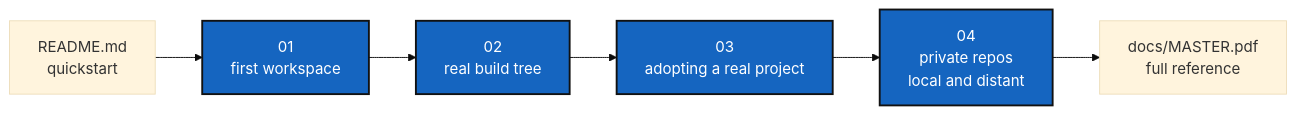
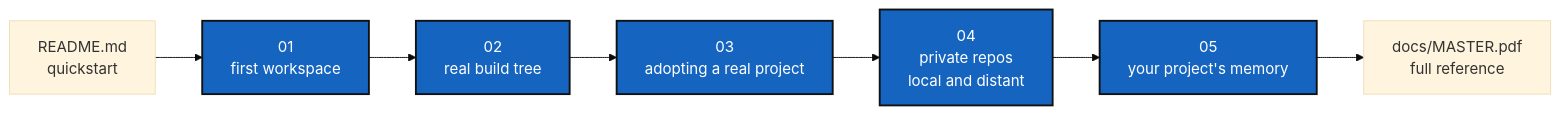
Before and after one commit to flipoyo/ComplexGitSync: the diagram in tutorials/README.md, drawn with Mermaid (base theme). The commit also changed other lines of this file and 21 other files, not shown here.

Commit message:
cgitsync2.67 cgitsync can now build a project's memory repository from nothing: create it on GitHub, add it to your .cgs, adopt what is already on disk, and make the branch a first merge needs. Tutorial 5 walks all five, once per project

````diff
--- a/tutorials/README.md
+++ b/tutorials/README.md
@@ -25,11 +25,12 @@
 ```mermaid
 graph LR
     README["README.md<br/>quickstart"] --> T1["01<br/>first workspace"]
     T1 --> T2["02<br/>real build tree"]
     T2 --> T3["03<br/>adopting a real project"]
     T3 --> T4["04<br/>private repos<br/>local and distant"]
-    T4 --> REF["docs/MASTER.pdf<br/>full reference"]
+    T4 --> T5["05<br/>your project's memory"]
+    T5 --> REF["docs/MASTER.pdf<br/>full reference"]
 
     classDef here fill:#1565C0,color:#fff,stroke:#111,stroke-width:2px;
-    class T1,T2,T3,T4 here;
+    class T1,T2,T3,T4,T5 here;
 ```
````
